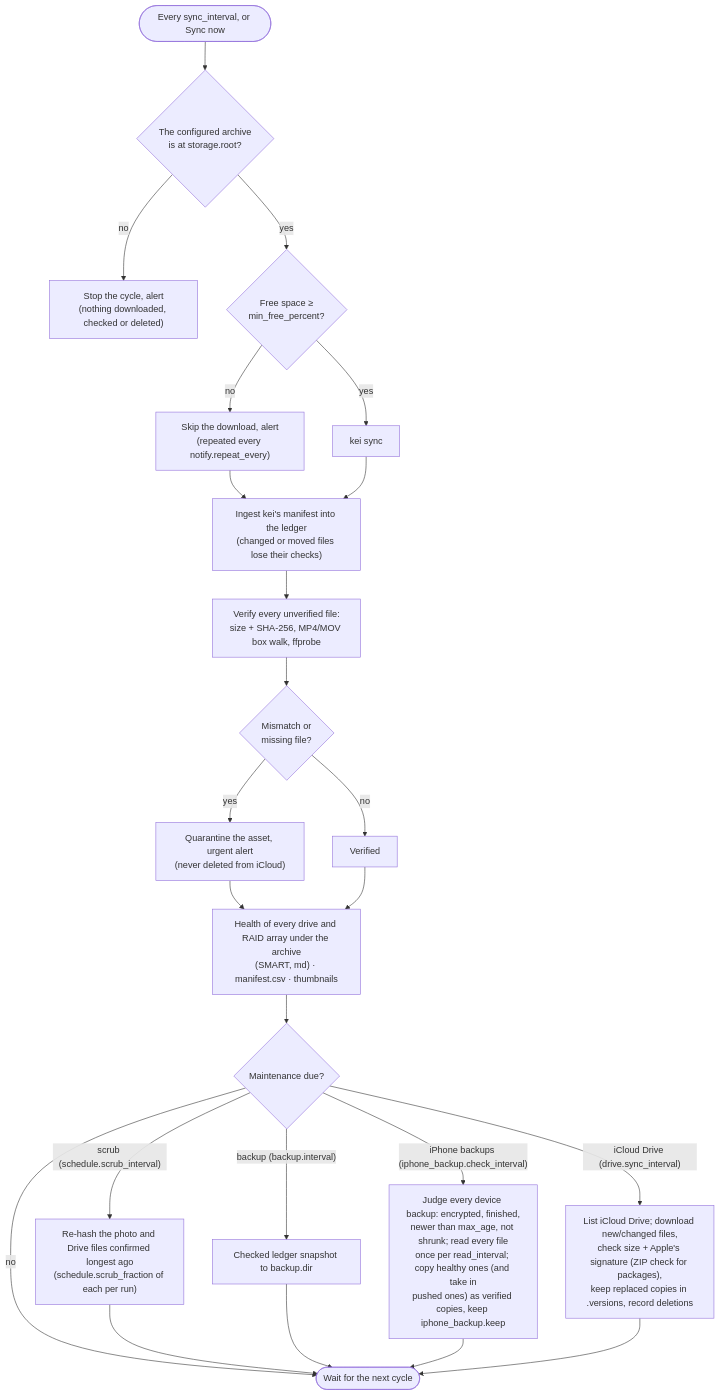
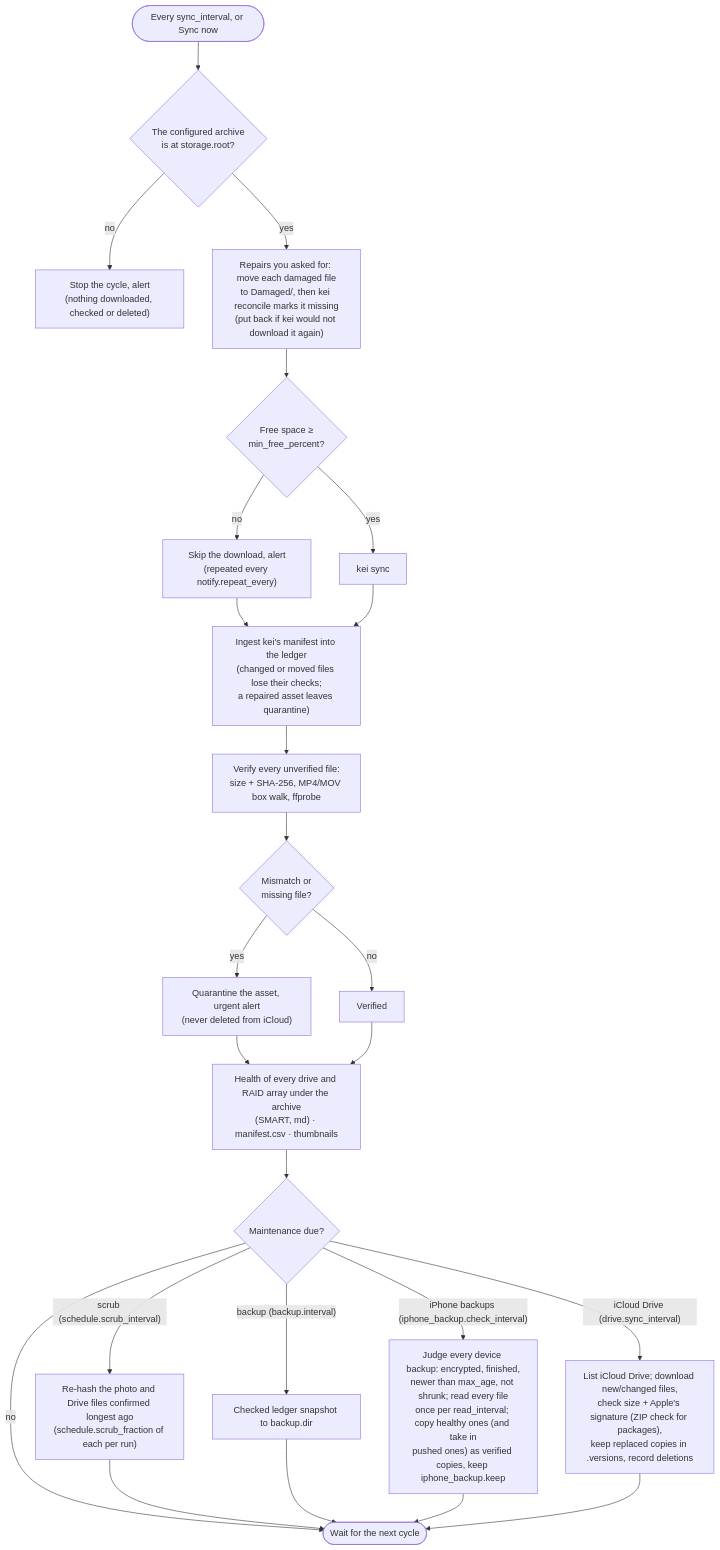
One commit to vasilistotskas/homecloud changed the second of 3 diagrams in README.md. Above: the diagram before and after it, drawn with Mermaid. The commit also changed other lines of this file and 41 other files, not shown here.

````diff
--- a/README.md
+++ b/README.md
@@ -93,26 +95,27 @@
 ```mermaid
 flowchart TD
     start(["Every sync_interval, or Sync now"]) --> vol{"The configured archive<br/>is at storage.root?"}
     vol -- no --> stop["Stop the cycle, alert<br/>(nothing downloaded, checked or deleted)"]
-    vol -- yes --> space{"Free space ≥<br/>min_free_percent?"}
+    vol -- yes --> repairs["Repairs you asked for: move each damaged file<br/>to Damaged/, then kei reconcile marks it missing<br/>(put back if kei would not download it again)"]
+    repairs --> space{"Free space ≥<br/>min_free_percent?"}
     space -- no --> skip["Skip the download, alert<br/>(repeated every notify.repeat_every)"]
     space -- yes --> kei["kei sync"]
     skip --> ingest
-    kei --> ingest["Ingest kei's manifest into the ledger<br/>(changed or moved files lose their checks)"]
+    kei --> ingest["Ingest kei's manifest into the ledger<br/>(changed or moved files lose their checks;<br/>a repaired asset leaves quarantine)"]
     ingest --> verify["Verify every unverified file:<br/>size + SHA-256, MP4/MOV box walk, ffprobe"]
     verify --> bad{"Mismatch or<br/>missing file?"}
     bad -- yes --> q["Quarantine the asset, urgent alert<br/>(never deleted from iCloud)"]
     bad -- no --> ok["Verified"]
     q --> after
     ok --> after["Health of every drive and RAID array under the archive<br/>(SMART, md) · manifest.csv · thumbnails"]
     after --> due{"Maintenance due?"}
     due -- "scrub (schedule.scrub_interval)" --> scrub["Re-hash the photo and Drive files confirmed longest ago<br/>(schedule.scrub_fraction of each per run)"]
     due -- "iCloud Drive (drive.sync_interval)" --> dsync["List iCloud Drive; download new/changed files,<br/>check size + Apple's signature (ZIP check for packages),<br/>keep replaced copies in .versions, record deletions"]
     due -- "backup (backup.interval)" --> snap["Checked ledger snapshot to backup.dir"]
     due -- "iPhone backups (iphone_backup.check_interval)" --> phone["Judge every device backup: encrypted, finished,<br/>newer than max_age, not shrunk; read every file<br/>once per read_interval; copy healthy ones (and take in<br/>pushed ones) as verified copies, keep iphone_backup.keep"]
     due -- no --> wait(["Wait for the next cycle"])
     scrub --> wait
     snap --> wait
     phone --> wait
     dsync --> wait
 ```
````
